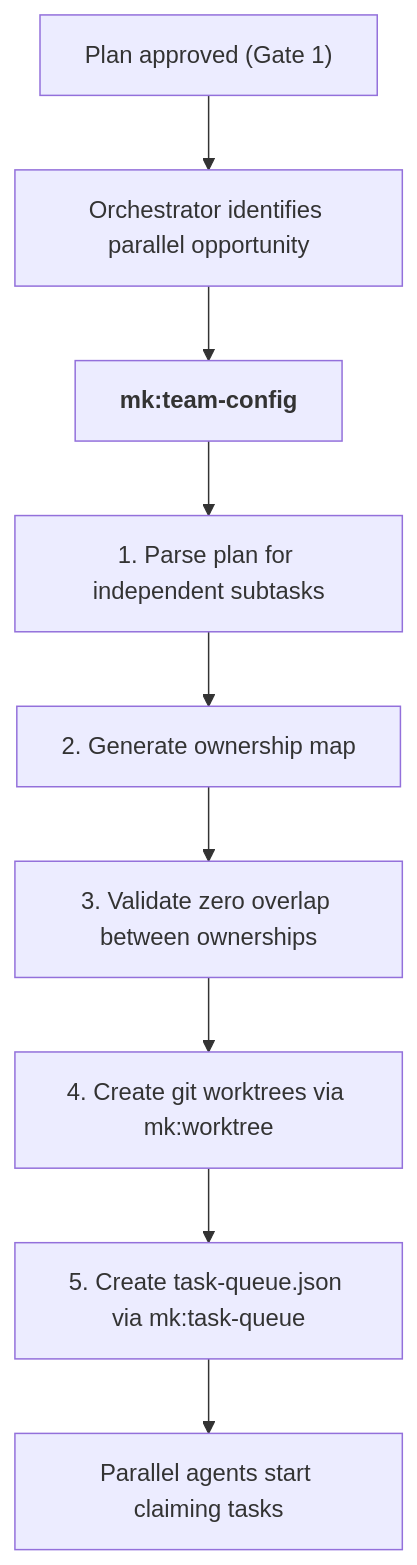
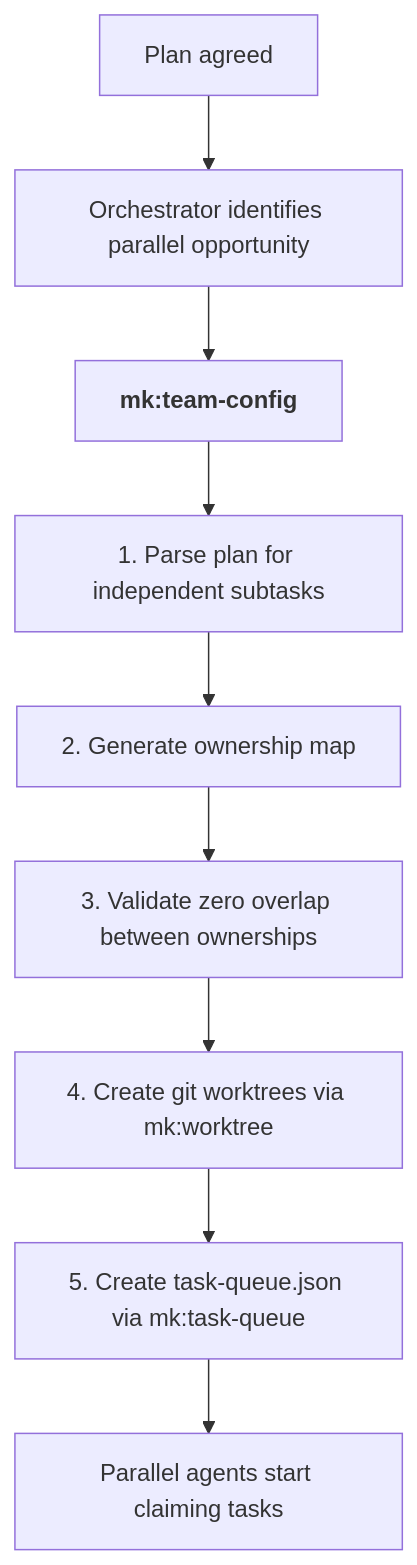
One commit to ngocsangyem/MeowKit changed the diagram in packages/docs/content/docs/reference/skills/team-config.mdx. Above: the diagram before and after it, drawn with Mermaid. The commit also changed other lines of this file and 68 other files, not shown here.

````diff
--- a/packages/docs/content/docs/reference/skills/team-config.mdx
+++ b/packages/docs/content/docs/reference/skills/team-config.mdx
@@ -38,14 +38,14 @@
 ```mermaid
 flowchart TD
-    A["Plan approved (Gate 1)"]
+    A["Plan agreed"]
     B["Orchestrator identifies parallel opportunity"]
     C["<b>mk:team-config</b>"]
     C1["1. Parse plan for independent subtasks"]
     C2["2. Generate ownership map"]
     C3["3. Validate zero overlap between ownerships"]
     C4["4. Create git worktrees via mk:worktree"]
     C5["5. Create task-queue.json via mk:task-queue"]
     D["Parallel agents start claiming tasks"]
 
     A --> B --> C --> C1 --> C2 --> C3 --> C4 --> C5 --> D
 ```
````
